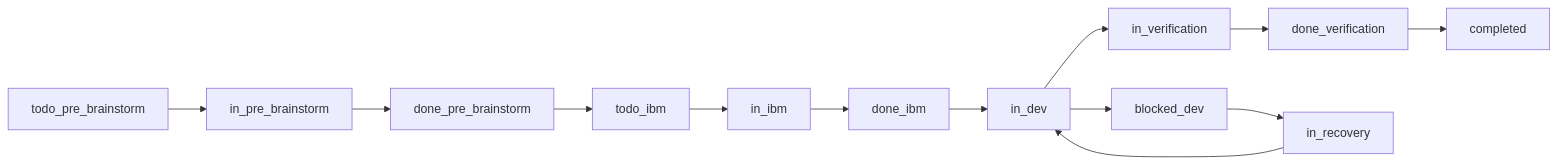
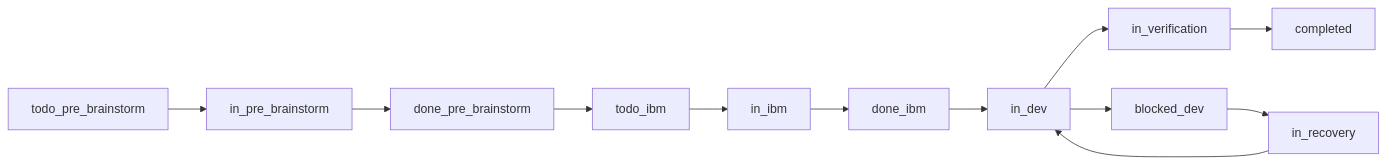
Before and after one commit to chatterzhao/freely: the diagram in docs/LAWS.md, drawn with Mermaid.

Commit message:
docs: align verification state flow

````diff
--- a/docs/LAWS.md
+++ b/docs/LAWS.md
@@ -143,16 +143,15 @@
 ```mermaid
 flowchart LR
     A[todo_pre_brainstorm] --> B[in_pre_brainstorm]
     B --> C[done_pre_brainstorm]
     C --> D[todo_ibm]
     D --> E[in_ibm]
     E --> F[done_ibm]
     F --> G[in_dev]
     G --> H[in_verification]
-    H --> I[done_verification]
-    I --> J[completed]
+    H --> J[completed]
 
     G --> K[blocked_dev]
     K --> L[in_recovery]
     L --> G
 ```
````
